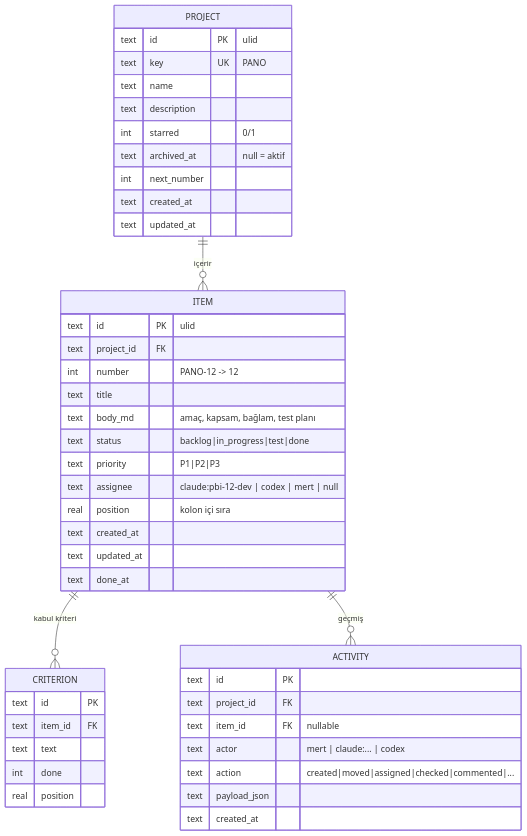
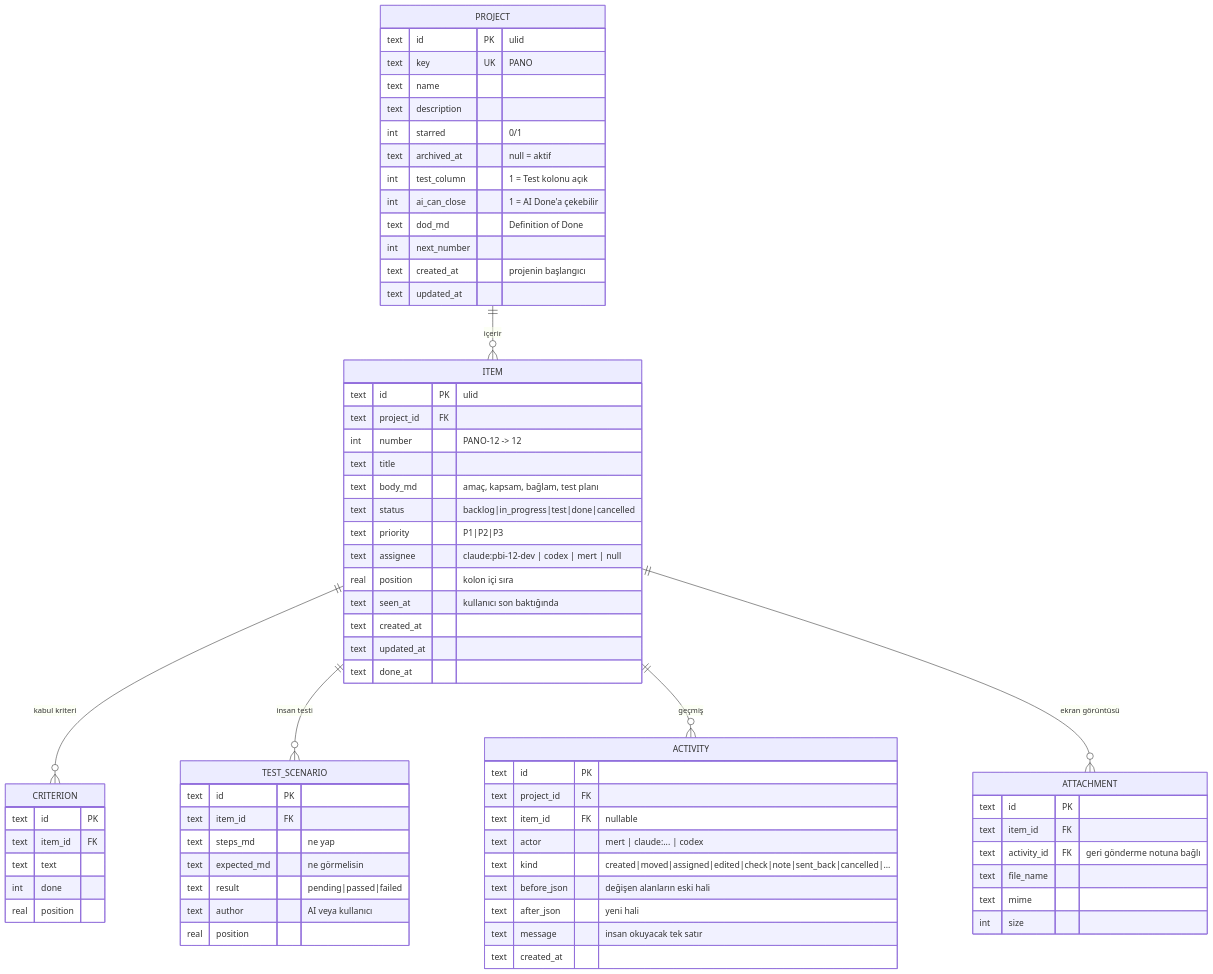
Before and after one commit to Metonya/pano: the second of 2 diagrams in docs/architecture.md, drawn with Mermaid. The commit also changed other lines of this file and 12 other files, not shown here.

````diff
--- a/docs/architecture.md
+++ b/docs/architecture.md
@@ -67,47 +67,72 @@
 ```mermaid
 erDiagram
   PROJECT ||--o{ ITEM : içerir
   ITEM ||--o{ CRITERION : "kabul kriteri"
+  ITEM ||--o{ TEST_SCENARIO : "insan testi"
   ITEM ||--o{ ACTIVITY : "geçmiş"
+  ITEM ||--o{ ATTACHMENT : "ekran görüntüsü"
   PROJECT {
     text id PK "ulid"
     text key UK "PANO"
     text name
     text description
     int starred "0/1"
     text archived_at "null = aktif"
+    int test_column "1 = Test kolonu açık"
+    int ai_can_close "1 = AI Done'a çekebilir"
+    text dod_md "Definition of Done"
     int next_number
-    text created_at
+    text created_at "projenin başlangıcı"
     text updated_at
   }
   ITEM {
     text id PK "ulid"
     text project_id FK
     int number "PANO-12 -> 12"
     text title
     text body_md "amaç, kapsam, bağlam, test planı"
-    text status "backlog|in_progress|test|done"
+    text status "backlog|in_progress|test|done|cancelled"
     text priority "P1|P2|P3"
     text assignee "claude:pbi-12-dev | codex | mert | null"
     real position "kolon içi sıra"
+    text seen_at "kullanıcı son baktığında"
     text created_at
     text updated_at
     text done_at
   }
   CRITERION {
     text id PK
     text item_id FK
     text text
     int done
     real position
   }
+  TEST_SCENARIO {
+    text id PK
+    text item_id FK
+    text steps_md "ne yap"
+    text expected_md "ne görmelisin"
+    text result "pending|passed|failed"
+    text author "AI veya kullanıcı"
+    real position
+  }
+  ATTACHMENT {
+    text id PK
+    text item_id FK
+    text activity_id FK "geri gönderme notuna bağlı"
+    text file_name
+    text mime
+    int size
+  }
   ACTIVITY {
     text id PK
     text project_id FK
     text item_id FK "nullable"
     text actor "mert | claude:... | codex"
-    text action "created|moved|assigned|checked|commented|..."
-    text payload_json
+    text kind "created|moved|assigned|edited|check|note|sent_back|cancelled|..."
+    text before_json "değişen alanların eski hali"
+    text after_json "yeni hali"
+    text message "insan okuyacak tek satır"
     text created_at
   }
 ```
````
